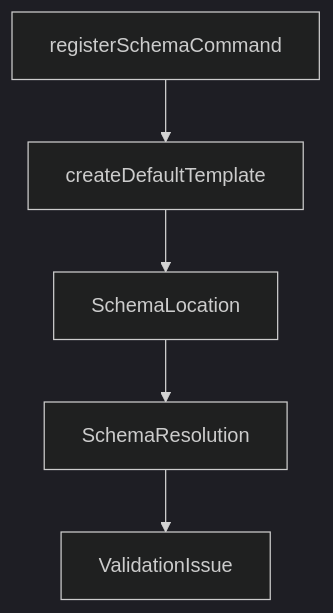
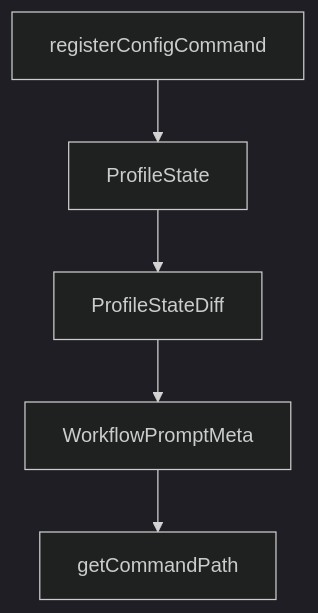
The second of 2 diagrams in tutorials/openspec-tutorial/02-artifact-graph-and-change-lifecycle.md (johnxie/awesome-code-docs), drawn with Mermaid (dark theme) before and after one commit. The commit also changed other lines of this file and 1232 other files, not shown here.

````diff
--- a/tutorials/openspec-tutorial/02-artifact-graph-and-change-lifecycle.md
+++ b/tutorials/openspec-tutorial/02-artifact-graph-and-change-lifecycle.md
@@ -234,12 +232,12 @@
 ```mermaid
 flowchart TD
-    A[registerSchemaCommand]
-    B[createDefaultTemplate]
-    C[SchemaLocation]
-    D[SchemaResolution]
-    E[ValidationIssue]
+    A[registerConfigCommand]
+    B[ProfileState]
+    C[ProfileStateDiff]
+    D[WorkflowPromptMeta]
+    E[getCommandPath]
     A --> B
     B --> C
     C --> D
     D --> E
 ```
````
